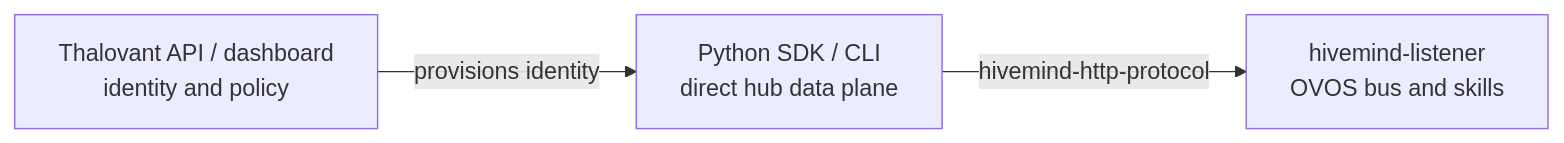
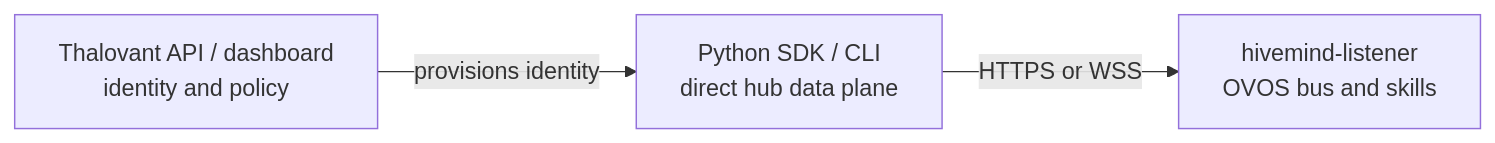
One commit to thalovant/thalovant-python-sdk changed the diagram in docs/index.md. Above: the diagram before and after it, drawn with Mermaid. The commit also changed other lines of this file and 9 other files, not shown here.

````diff
--- a/docs/index.md
+++ b/docs/index.md
@@ -36,9 +36,9 @@
 ```mermaid
 flowchart LR
     API[Thalovant API / dashboard<br/>identity and policy]
     SDK[Python SDK / CLI<br/>direct hub data plane]
     Hub[hivemind-listener<br/>OVOS bus and skills]
 
     API -->|provisions identity| SDK
-    SDK -->|hivemind-http-protocol| Hub
+    SDK -->|HTTPS or WSS| Hub
 ```
````
